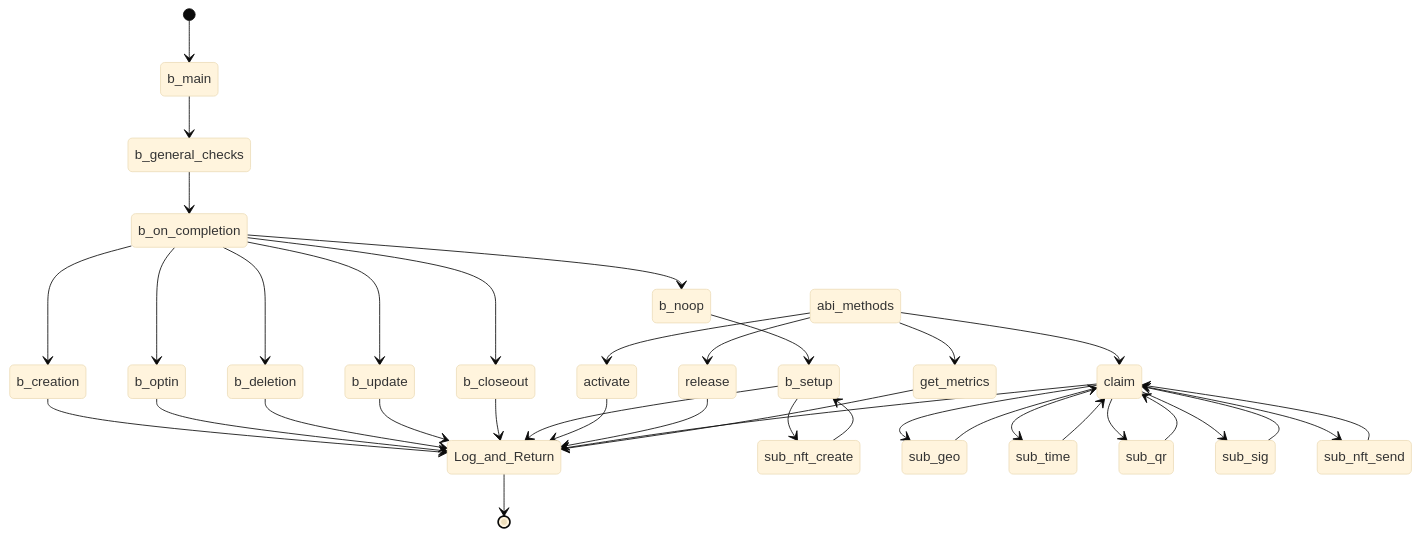
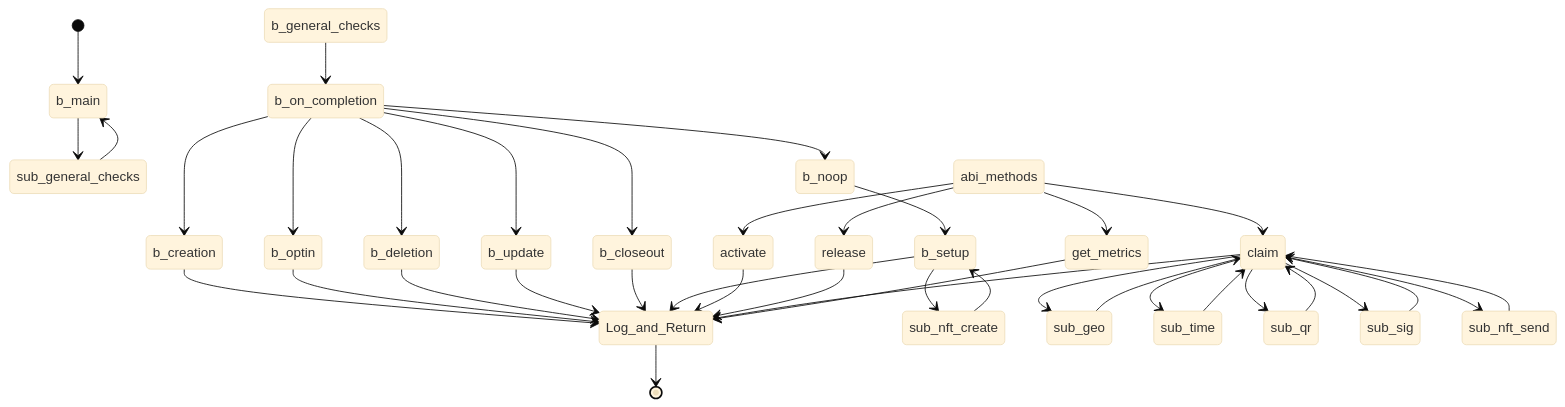
Before and after one commit to GoPlausible/.github: the ninth of 10 diagrams in profile/README.md, drawn with Mermaid (base theme).

````diff
--- a/profile/README.md
+++ b/profile/README.md
@@ -429,54 +429,55 @@
 ```mermaid
   stateDiagram-v2
     [*] --> b_main
-    b_main --> b_general_checks
+    b_main --> sub_general_checks
+    sub_general_checks --> b_main
     b_general_checks --> b_on_completion
     
     b_on_completion --> b_creation
     b_creation --> Log_and_Return
     b_on_completion --> b_optin
     b_optin --> Log_and_Return
     b_on_completion --> b_deletion
     b_deletion --> Log_and_Return
     b_on_completion --> b_update
     b_update --> Log_and_Return
     b_on_completion --> b_closeout
     b_closeout --> Log_and_Return
 
     b_on_completion --> b_noop
     b_noop --> b_setup
     b_setup --> sub_nft_create
     sub_nft_create --> b_setup
     b_setup --> Log_and_Return
    
 
 
     abi_methods --> activate
     activate --> Log_and_Return
 
     abi_methods --> release
     release --> Log_and_Return
 
     abi_methods --> claim
     claim --> sub_geo
     sub_geo --> claim
     claim --> sub_time
     sub_time --> claim
     claim --> sub_qr
     sub_qr --> claim
     claim --> sub_sig
     sub_sig --> claim
     claim --> sub_nft_send
     sub_nft_send --> claim
     claim --> Log_and_Return
 
 
     
   
     abi_methods --> get_metrics
     get_metrics --> Log_and_Return
   
     
     Log_and_Return --> [*]
     
 ```
````
